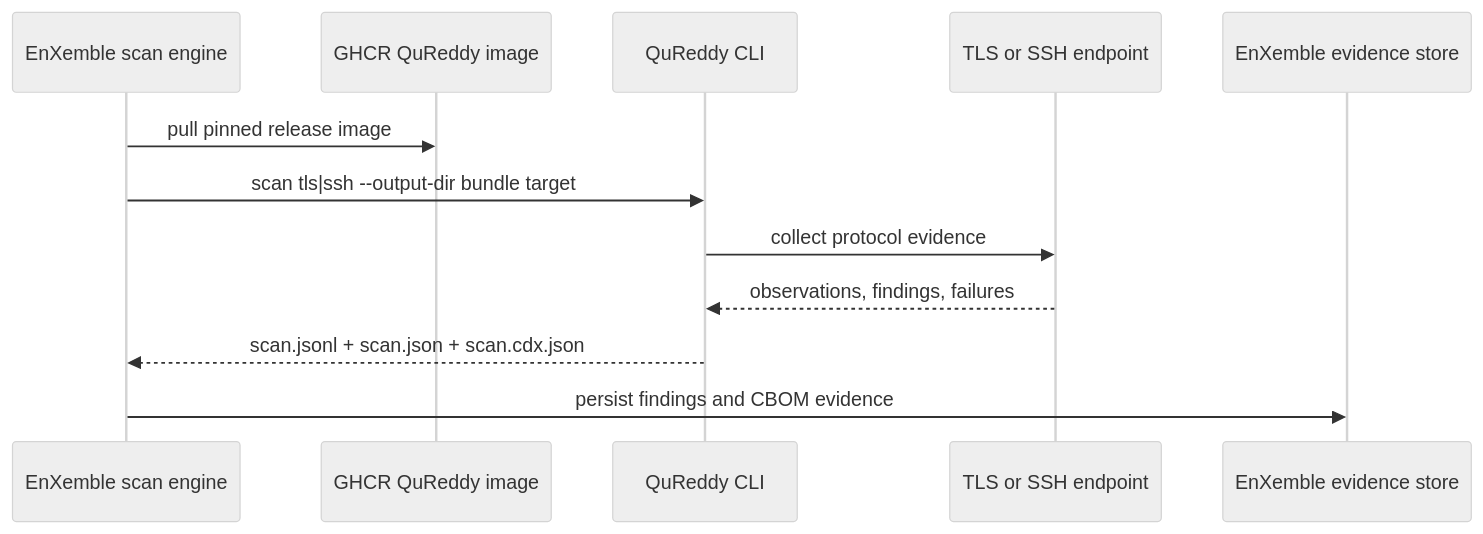
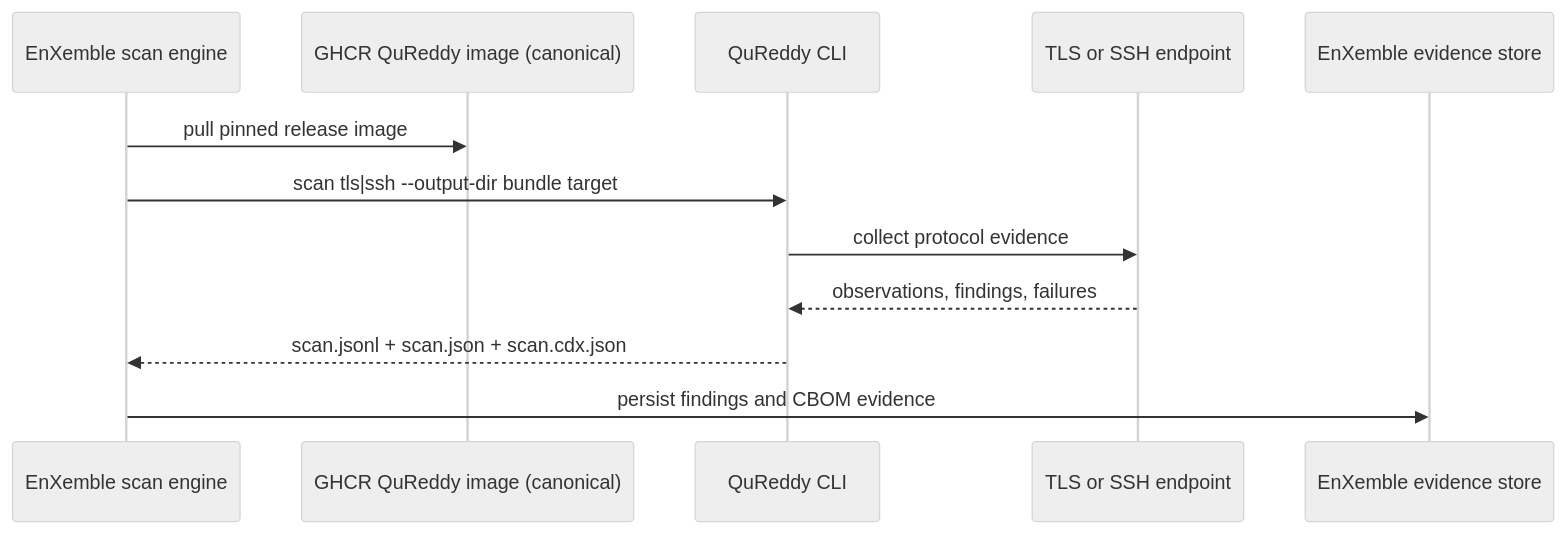
The tenth of 10 diagrams in docs/explanation/architecture.md (BreachSAFE/qureddy), drawn with Mermaid (neutral theme) before and after one commit. The commit also changed 4 other files, not shown here.

````diff
--- a/docs/explanation/architecture.md
+++ b/docs/explanation/architecture.md
@@ -432,15 +432,15 @@
 ```mermaid
 sequenceDiagram
     participant E as EnXemble scan engine
-    participant I as GHCR QuReddy image
+    participant I as GHCR QuReddy image (canonical)
     participant Q as QuReddy CLI
     participant T as TLS or SSH endpoint
     participant DB as EnXemble evidence store
 
     E->>I: pull pinned release image
     E->>Q: scan tls|ssh --output-dir bundle target
     Q->>T: collect protocol evidence
     T-->>Q: observations, findings, failures
     Q-->>E: scan.jsonl + scan.json + scan.cdx.json
     E->>DB: persist findings and CBOM evidence
 ```
````
